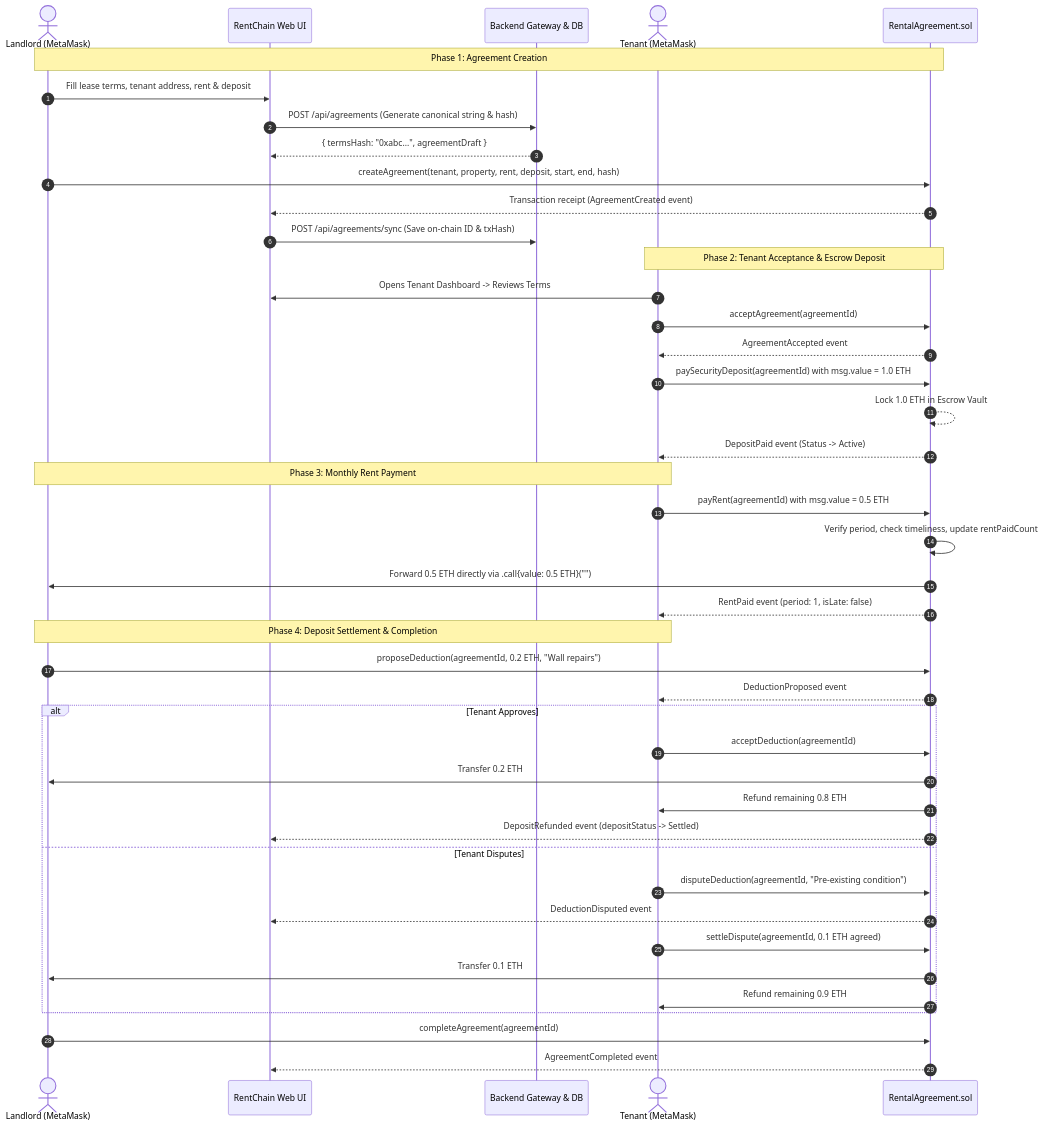
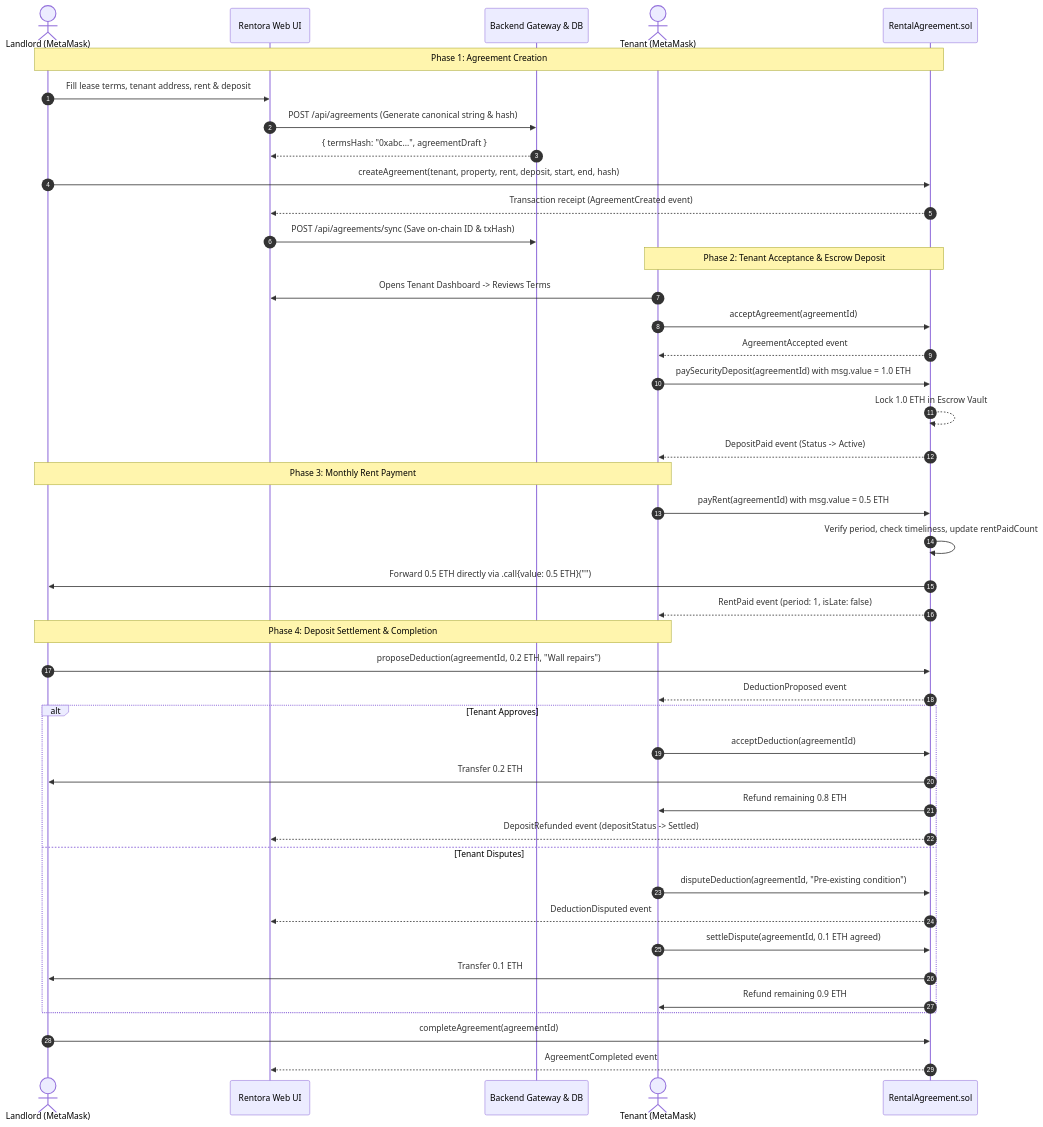
Before and after one commit to being-harsh2025/rentora: the seventh of 7 diagrams in docs/diagrams.md, drawn with Mermaid. The commit also changed other lines of this file and 58 other files, not shown here.

````diff
--- a/docs/diagrams.md
+++ b/docs/diagrams.md
@@ -287,49 +288,49 @@
 ```mermaid
 sequenceDiagram
     autonumber
     actor Landlord as Landlord (MetaMask)
-    participant UI as RentChain Web UI
+    participant UI as Rentora Web UI
     participant Backend as Backend Gateway & DB
     actor Tenant as Tenant (MetaMask)
     participant Contract as RentalAgreement.sol
 
     Note over Landlord, Contract: Phase 1: Agreement Creation
     Landlord->>UI: Fill lease terms, tenant address, rent & deposit
     UI->>Backend: POST /api/agreements (Generate canonical string & hash)
     Backend-->>UI: { termsHash: "0xabc...", agreementDraft }
     Landlord->>Contract: createAgreement(tenant, property, rent, deposit, start, end, hash)
     Contract-->>UI: Transaction receipt (AgreementCreated event)
     UI->>Backend: POST /api/agreements/sync (Save on-chain ID & txHash)
 
     Note over Tenant, Contract: Phase 2: Tenant Acceptance & Escrow Deposit
     Tenant->>UI: Opens Tenant Dashboard -> Reviews Terms
     Tenant->>Contract: acceptAgreement(agreementId)
     Contract-->>Tenant: AgreementAccepted event
     Tenant->>Contract: paySecurityDeposit(agreementId) with msg.value = 1.0 ETH
     Contract-->>Contract: Lock 1.0 ETH in Escrow Vault
     Contract-->>Tenant: DepositPaid event (Status -> Active)
 
     Note over Tenant, Landlord: Phase 3: Monthly Rent Payment
     Tenant->>Contract: payRent(agreementId) with msg.value = 0.5 ETH
     Contract->>Contract: Verify period, check timeliness, update rentPaidCount
     Contract->>Landlord: Forward 0.5 ETH directly via .call{value: 0.5 ETH}("")
     Contract-->>Tenant: RentPaid event (period: 1, isLate: false)
 
     Note over Landlord, Tenant: Phase 4: Deposit Settlement & Completion
     Landlord->>Contract: proposeDeduction(agreementId, 0.2 ETH, "Wall repairs")
     Contract-->>Tenant: DeductionProposed event
     alt Tenant Approves
         Tenant->>Contract: acceptDeduction(agreementId)
         Contract->>Landlord: Transfer 0.2 ETH
         Contract->>Tenant: Refund remaining 0.8 ETH
         Contract-->>UI: DepositRefunded event (depositStatus -> Settled)
     else Tenant Disputes
         Tenant->>Contract: disputeDeduction(agreementId, "Pre-existing condition")
         Contract-->>UI: DeductionDisputed event
         Tenant->>Contract: settleDispute(agreementId, 0.1 ETH agreed)
         Contract->>Landlord: Transfer 0.1 ETH
         Contract->>Tenant: Refund remaining 0.9 ETH
     end
     Landlord->>Contract: completeAgreement(agreementId)
     Contract-->>UI: AgreementCompleted event
 ```
````
